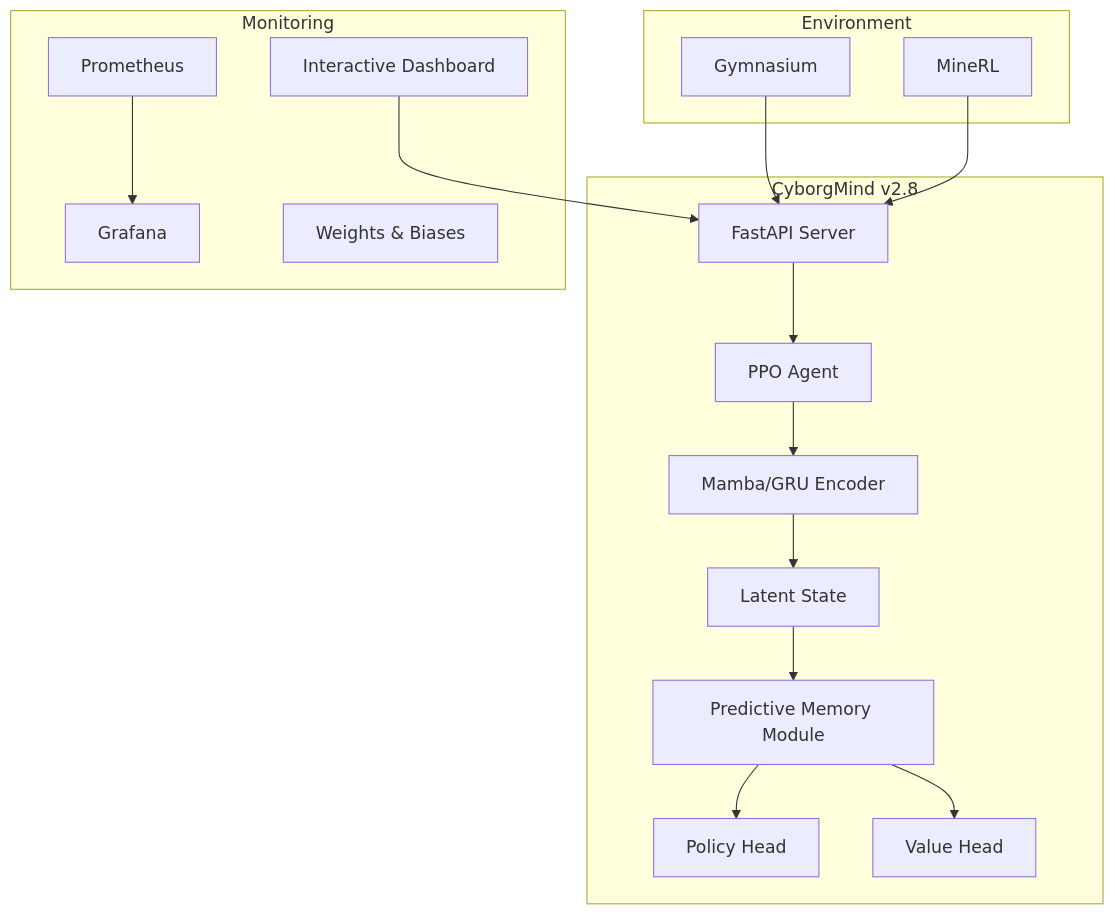
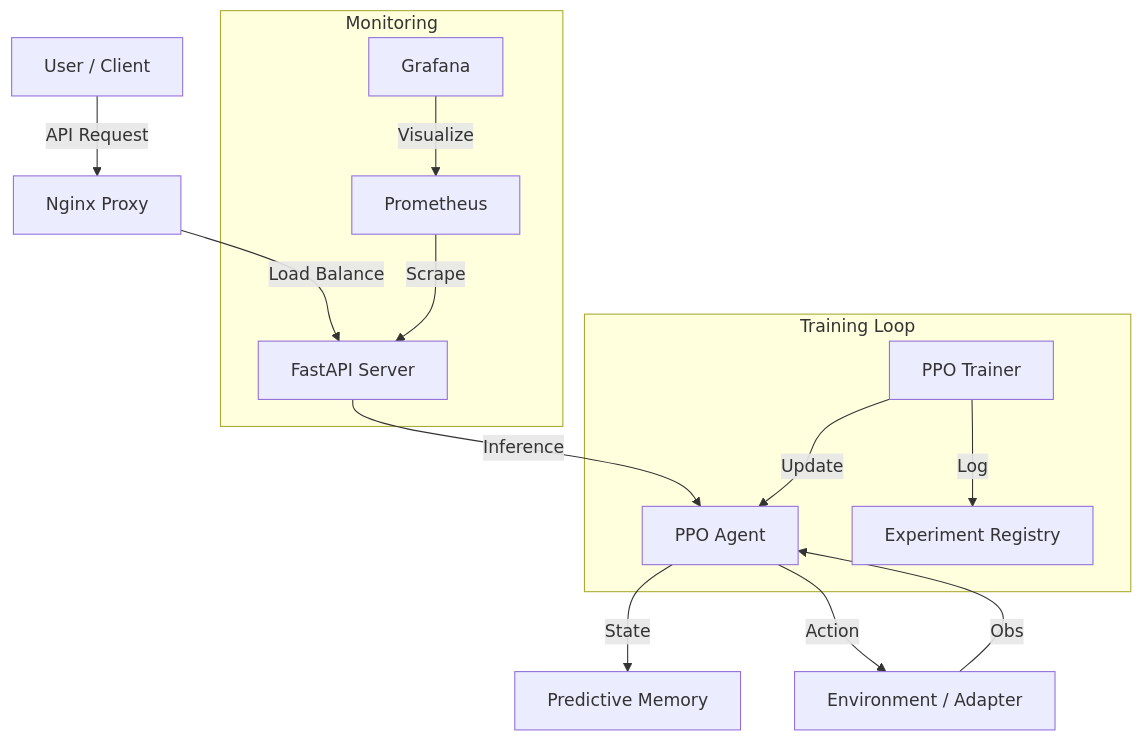
The diagram in README.md (dawsonblock/cyborg_mind), drawn with Mermaid before and after one commit. The commit also changed other lines of this file and 70 other files, not shown here.

````diff
--- a/README.md
+++ b/README.md
@@ -9,26 +61,19 @@
 ```mermaid
 graph TD
-    subgraph "CyborgMind v2.8"
-        API[FastAPI Server] --> Brain[PPO Agent]
-        Brain --> Encoder[Mamba/GRU Encoder]
-        Encoder --> Latent[Latent State]
-        Latent --> PMM[Predictive Memory Module]
-        PMM --> Policy[Policy Head]
-        PMM --> Value[Value Head]
-    end
+    User[User / Client] -->|API Request| Nginx[Nginx Proxy]
+    Nginx -->|Load Balance| API[FastAPI Server]
+    API -->|Inference| Agent[PPO Agent]
+    Agent -->|State| PMM[Predictive Memory]
+    Agent -->|Action| Env[Environment / Adapter]
+    Env -->|Obs| Agent
     
-    subgraph "Environment"
-        Gym[Gymnasium]
-        MineRL[MineRL]
+    subgraph "Training Loop"
+        Trainer[PPO Trainer] -->|Update| Agent
+        Trainer -->|Log| Registry[Experiment Registry]
     end
     
     subgraph "Monitoring"
-        Prometheus --> Grafana
-        WandB[Weights & Biases]
-        Streamlit[Interactive Dashboard]
+        Prometheus -->|Scrape| API
+        Grafana -->|Visualize| Prometheus
     end
-    
-    Gym --> API
-    MineRL --> API
-    Streamlit --> API
 ```
````
